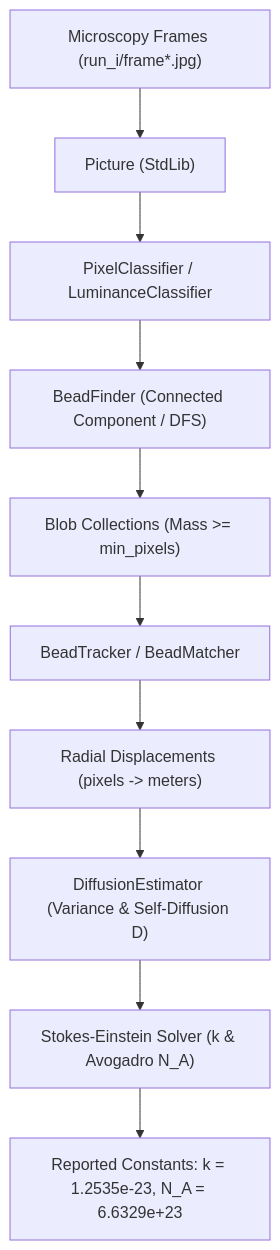
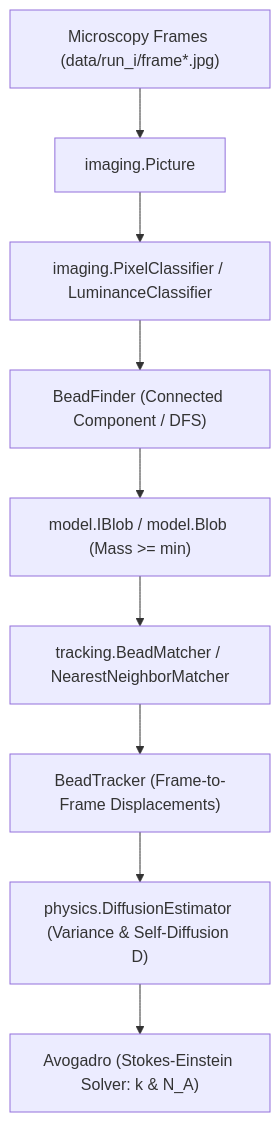
Before and after one commit to wrathyon/brownian-beads: the diagram in README.md, drawn with Mermaid. The commit also changed other lines of this file, not shown here.

````diff
--- a/README.md
+++ b/README.md
@@ -43,12 +44,11 @@
 ```mermaid
 flowchart TD
-    A["Microscopy Frames (run_i/frame*.jpg)"] --> B["Picture (StdLib)"]
-    B --> C["PixelClassifier / LuminanceClassifier"]
+    A["Microscopy Frames (data/run_i/frame*.jpg)"] --> B["imaging.Picture"]
+    B --> C["imaging.PixelClassifier / LuminanceClassifier"]
     C --> D["BeadFinder (Connected Component / DFS)"]
-    D --> E["Blob Collections (Mass >= min_pixels)"]
-    E --> F["BeadTracker / BeadMatcher"]
-    F --> G["Radial Displacements (pixels -> meters)"]
-    G --> H["DiffusionEstimator (Variance & Self-Diffusion D)"]
-    H --> I["Stokes-Einstein Solver (k & Avogadro N_A)"]
-    I --> J["Reported Constants: k = 1.2535e-23, N_A = 6.6329e+23"]
+    D --> E["model.IBlob / model.Blob (Mass >= min)"]
+    E --> F["tracking.BeadMatcher / NearestNeighborMatcher"]
+    F --> G["BeadTracker (Frame-to-Frame Displacements)"]
+    G --> H["physics.DiffusionEstimator (Variance & Self-Diffusion D)"]
+    H --> I["Avogadro (Stokes-Einstein Solver: k & N_A)"]
 ```
````
